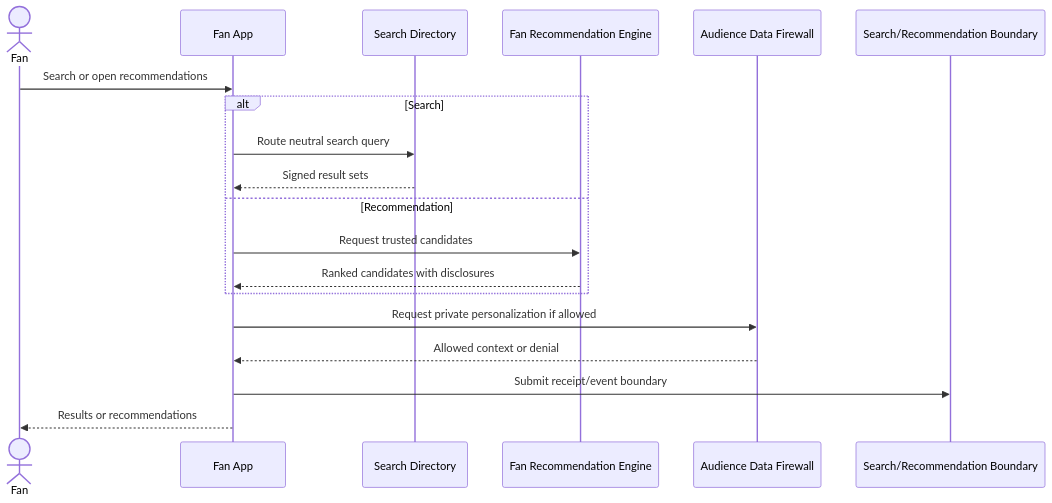
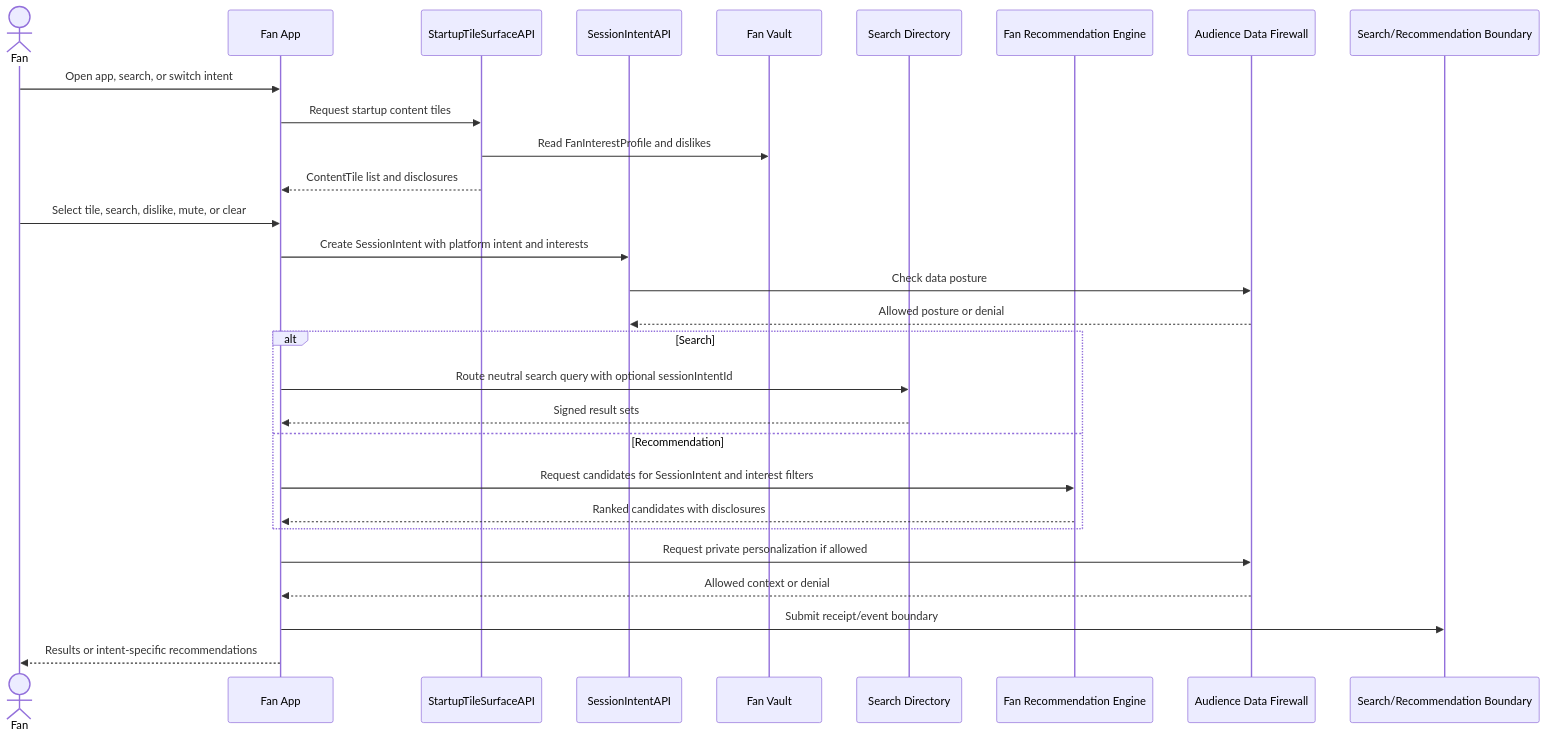
One commit to fahdabidi/Loom changed diagram 28 of 29 in docs/Architecture/03-identity-fan-data-wallets-and-fan-app-shell.md. Above: the diagram before and after it, drawn with Mermaid. The commit also changed other lines of this file and 35 other files, not shown here.

First line of the commit message:
Enhance documentation for audience data firewall, fan apps, and developer ecosystem

````diff
--- a/docs/Architecture/03-identity-fan-data-wallets-and-fan-app-shell.md
+++ b/docs/Architecture/03-identity-fan-data-wallets-and-fan-app-shell.md
@@ -1024,22 +1075,32 @@
 ```mermaid
 sequenceDiagram
   actor F as Fan
   participant FA as Fan App
+  participant Tiles as StartupTileSurfaceAPI
+  participant SI as SessionIntentAPI
+  participant Vault as Fan Vault
   participant SD as Search Directory
   participant RE as Fan Recommendation Engine
   participant ADF as Audience Data Firewall
   participant SR as Search/Recommendation Boundary
 
-  F->>FA: Search or open recommendations
+  F->>FA: Open app, search, or switch intent
+  FA->>Tiles: Request startup content tiles
+  Tiles->>Vault: Read FanInterestProfile and dislikes
+  Tiles-->>FA: ContentTile list and disclosures
+  F->>FA: Select tile, search, dislike, mute, or clear
+  FA->>SI: Create SessionIntent with platform intent and interests
+  SI->>ADF: Check data posture
+  ADF-->>SI: Allowed posture or denial
   alt Search
-    FA->>SD: Route neutral search query
+    FA->>SD: Route neutral search query with optional sessionIntentId
     SD-->>FA: Signed result sets
   else Recommendation
-    FA->>RE: Request trusted candidates
+    FA->>RE: Request candidates for SessionIntent and interest filters
     RE-->>FA: Ranked candidates with disclosures
   end
   FA->>ADF: Request private personalization if allowed
   ADF-->>FA: Allowed context or denial
   FA->>SR: Submit receipt/event boundary
-  FA-->>F: Results or recommendations
+  FA-->>F: Results or intent-specific recommendations
 ```
````
